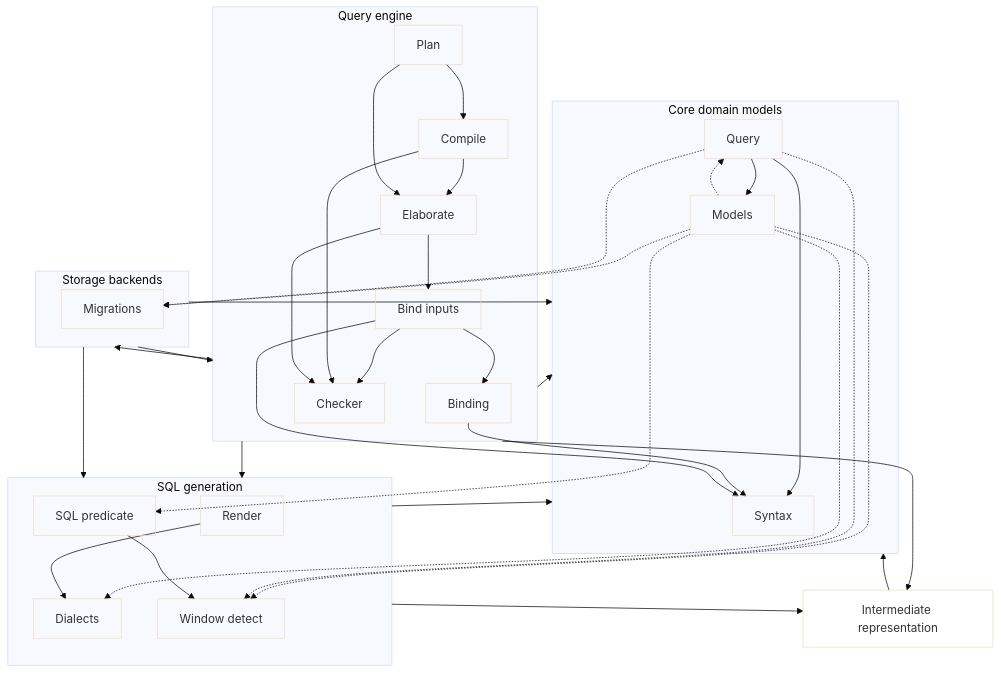
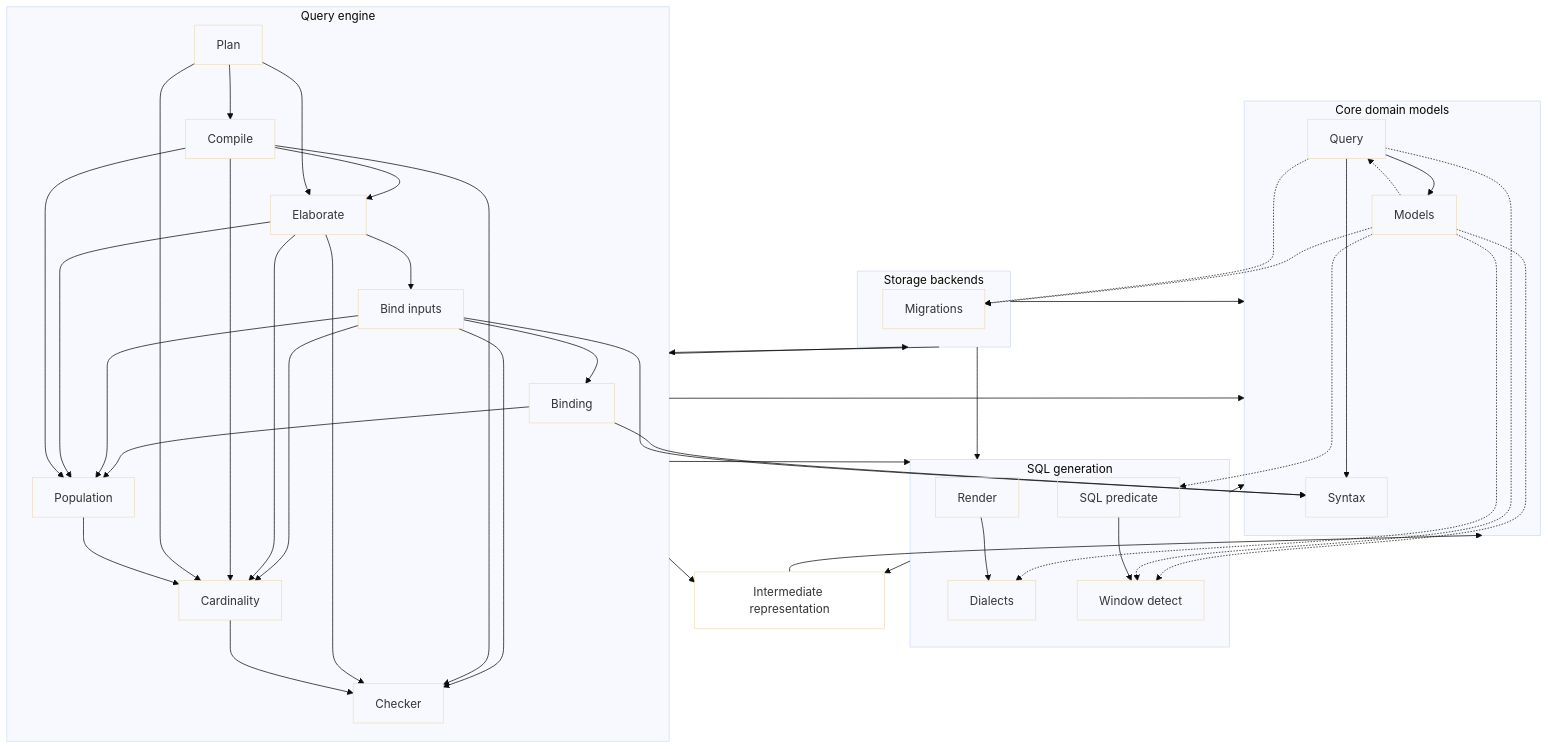
One commit to MotleyAI/slayer changed the first of 2 diagrams in architecture/python.engine.arc42.md. Above: the diagram before and after it, drawn with Mermaid (base theme). The commit also changed other lines of this file and 6 other files, not shown here.

Commit message:
DEV-2182: regenerate arc42 diagrams for the carved nodes

````diff
--- a/architecture/python.engine.arc42.md
+++ b/architecture/python.engine.arc42.md
@@ -15,60 +15,72 @@
 ```mermaid
 flowchart TD
   %% query_pipeline: Query pipeline
   subgraph core["Core domain models"]
     core__query["Query"]
     core__models["Models"]
     core__syntax["Syntax"]
   end
   subgraph sql["SQL generation"]
     sql__render["Render"]
     sql__dialects["Dialects"]
     sql__sql_predicate["SQL predicate"]
     sql__window_detect["Window detect"]
   end
   subgraph engine["Query engine"]
     engine__binding["Binding"]
     engine__bind_inputs["Bind inputs"]
     engine__elaborate_env["Checker"]
     engine__elaborate["Elaborate"]
     engine__compile["Compile"]
     engine__plan["Plan"]
+    engine__population["Population"]
+    engine__cardinality["Cardinality"]
   end
   ir["Intermediate representation"]
   subgraph storage["Storage backends"]
     storage__migrations["Migrations"]
   end
   core__models -.-> sql__dialects
   core__models -.-> sql__sql_predicate
   core__models -.-> sql__window_detect
   core__query -.-> sql__window_detect
   core__models -.-> storage__migrations
   core__query -.-> storage__migrations
   core__models -.-> core__query
   core__query --> core__models
   core__query --> core__syntax
   sql__render --> sql__dialects
   sql__sql_predicate --> sql__window_detect
   engine__binding --> core__syntax
   engine__bind_inputs --> engine__binding
   engine__bind_inputs --> engine__elaborate_env
   engine__bind_inputs --> core__syntax
   engine__compile --> engine__elaborate
   engine__compile --> engine__elaborate_env
   engine__elaborate --> engine__bind_inputs
   engine__elaborate --> engine__elaborate_env
   engine__plan --> engine__compile
   engine__plan --> engine__elaborate
+  engine__binding --> engine__population
+  engine__bind_inputs --> engine__population
+  engine__bind_inputs --> engine__cardinality
+  engine__elaborate --> engine__population
+  engine__elaborate --> engine__cardinality
+  engine__compile --> engine__population
+  engine__compile --> engine__cardinality
+  engine__plan --> engine__cardinality
+  engine__population --> engine__cardinality
+  engine__cardinality --> engine__elaborate_env
   engine --> core
   engine --> ir
   engine --> sql
   engine --> storage
   ir --> core
   sql --> core
   sql --> ir
   storage --> core
   storage --> engine
   storage --> sql
   classDef leaf fill:none;
-  class core__query,core__models,core__syntax,sql__render,sql__dialects,sql__sql_predicate,sql__window_detect,engine__binding,engine__bind_inputs,engine__elaborate_env,engine__elaborate,engine__compile,engine__plan,ir,storage__migrations leaf;
+  class core__query,core__models,core__syntax,sql__render,sql__dialects,sql__sql_predicate,sql__window_detect,engine__binding,engine__bind_inputs,engine__elaborate_env,engine__elaborate,engine__compile,engine__plan,engine__population,engine__cardinality,ir,storage__migrations leaf;
 ```
````
